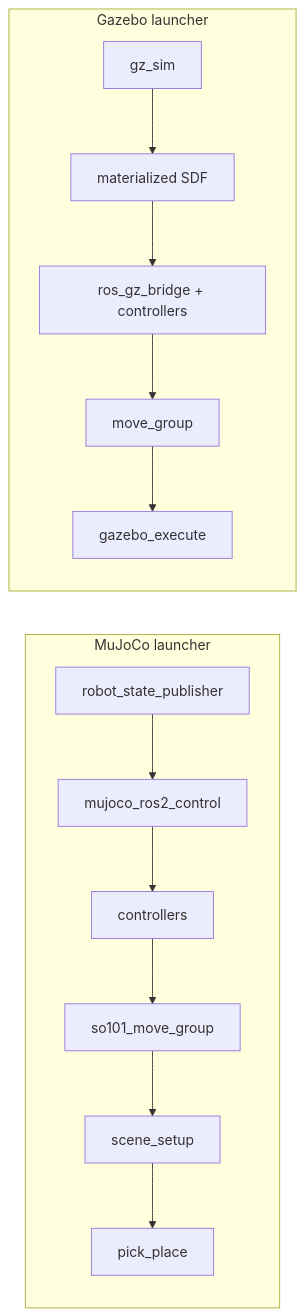
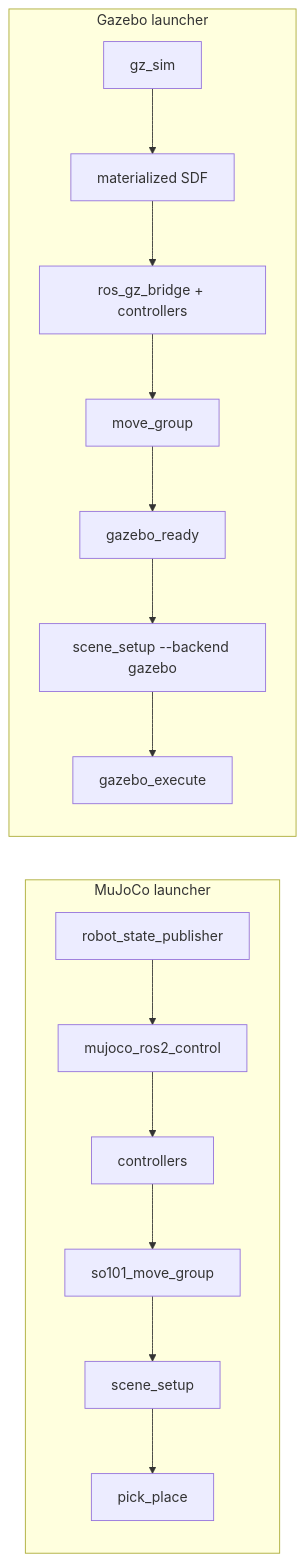
Before and after one commit to terryma2024/ros-moveit-demo: the second of 3 diagrams in docs/pick-place-python-architecture.md, drawn with Mermaid. The commit also changed other lines of this file and 9 other files, not shown here.

````diff
--- a/docs/pick-place-python-architecture.md
+++ b/docs/pick-place-python-architecture.md
@@ -237,16 +247,18 @@
 ```mermaid
 flowchart LR
   subgraph M["MuJoCo launcher"]
     M1["robot_state_publisher"] --> M2["mujoco_ros2_control"]
     M2 --> M3["controllers"]
     M3 --> M4["so101_move_group"]
     M4 --> M5["scene_setup"]
     M5 --> M6["pick_place"]
   end
   subgraph G["Gazebo launcher"]
     G1["gz_sim"] --> G2["materialized SDF"]
     G2 --> G3["ros_gz_bridge + controllers"]
     G3 --> G4["move_group"]
-    G4 --> G5["gazebo_execute"]
+    G4 --> G5["gazebo_ready"]
+    G5 --> G6["scene_setup --backend gazebo"]
+    G6 --> G7["gazebo_execute"]
   end
 ```
````
